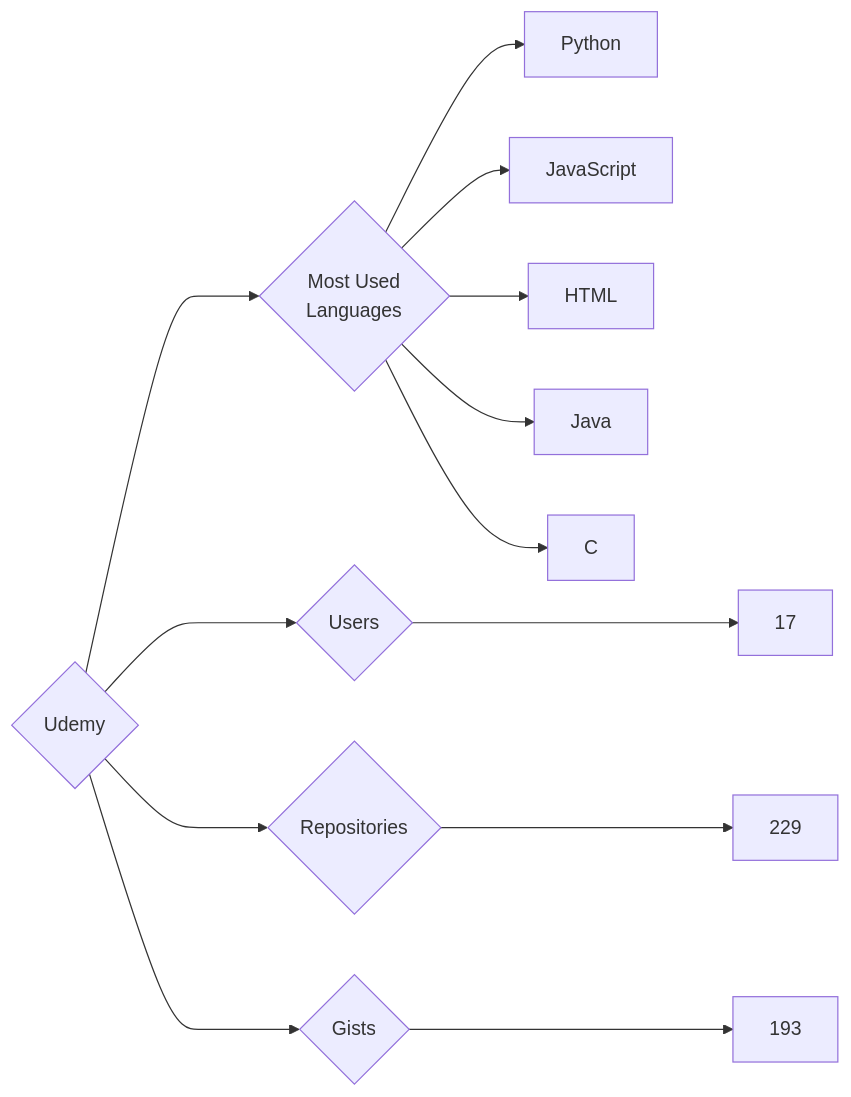
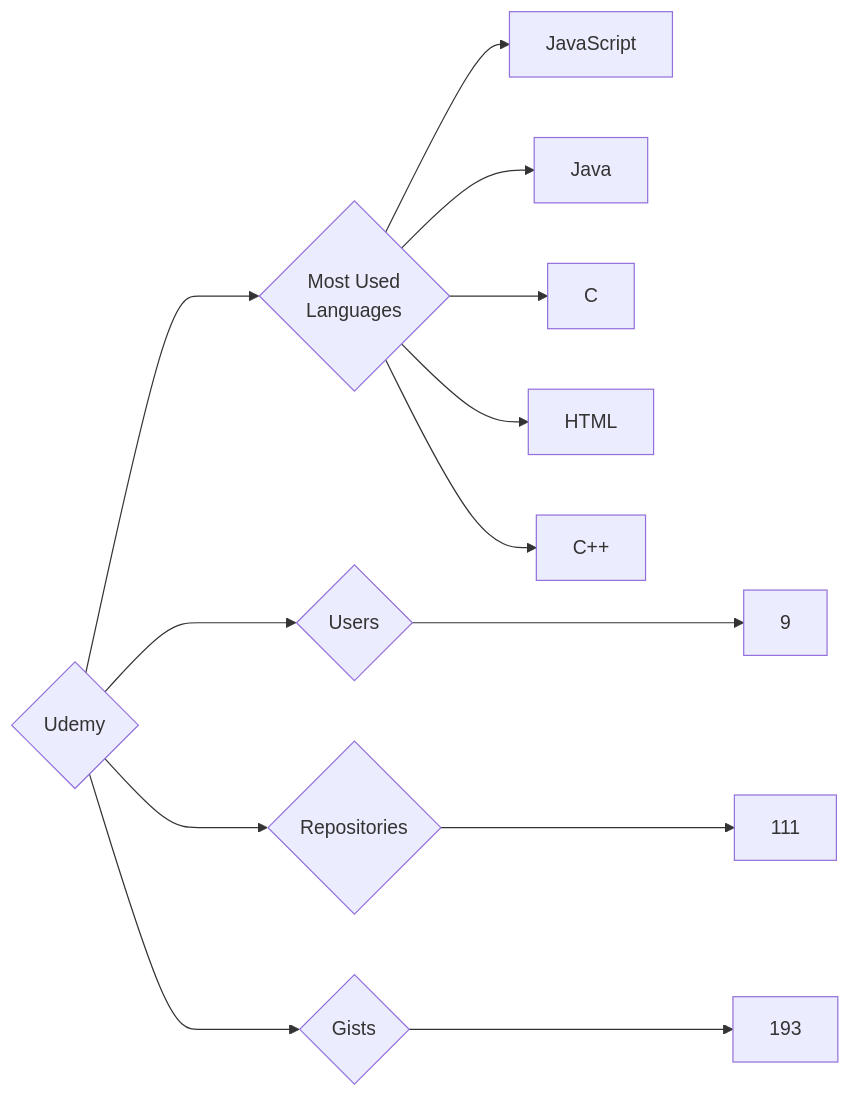
One commit to trickest/insiders changed the diagram in targets/Udemy/README.md. Above: the diagram before and after it, drawn with Mermaid. The commit also changed 823 other files, not shown here.

````diff
--- a/targets/Udemy/README.md
+++ b/targets/Udemy/README.md
@@ -3,13 +3,13 @@
 ```mermaid
 graph LR
 COMPANY_NAME{Udemy}
-COMPANY_NAME ---> U{Users} ---> UN[17]
-COMPANY_NAME ---> R{Repositories} ---> RN[229]
+COMPANY_NAME ---> U{Users} ---> UN[9]
+COMPANY_NAME ---> R{Repositories} ---> RN[111]
 COMPANY_NAME ---> G{Gists} ---> GN[193]
 COMPANY_NAME ---> ML{Most Used<br>Languages}
-ML --> Python[Python]
 ML --> JavaScript[JavaScript]
-ML --> HTML[HTML]
 ML --> Java[Java]
 ML --> C[C]
+ML --> HTML[HTML]
+ML --> C++[C++]
 ```
````
